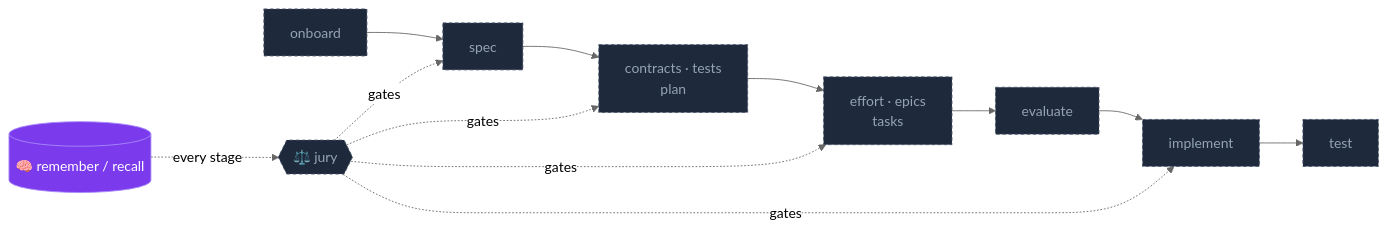
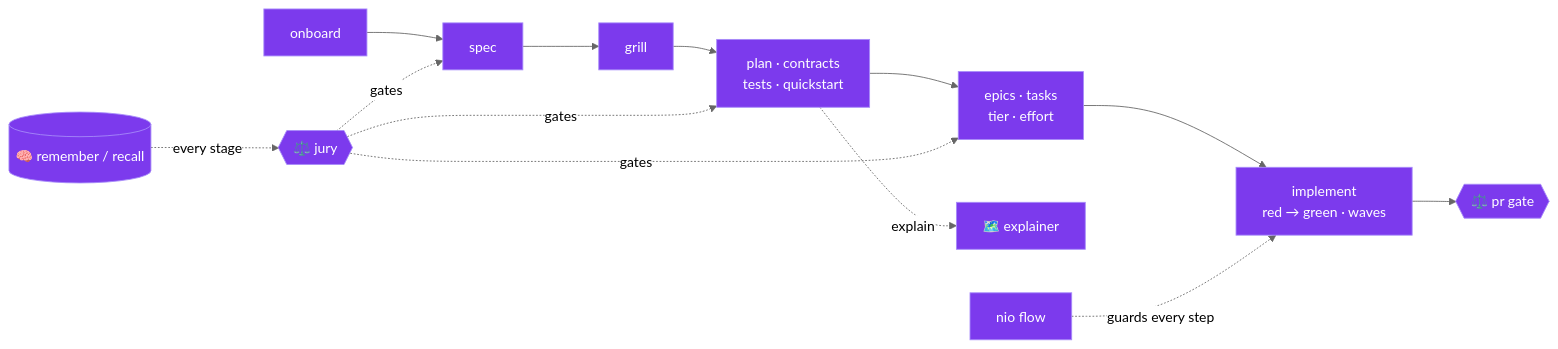
Before and after one commit to nikolajkarpic/nio: the first of 2 diagrams in README.md, drawn with Mermaid (neutral theme). The commit also changed other lines of this file and 1 other file, not shown here.

Commit message:
Update the README for what is built: full pipeline, recent changes, CLI, and a shorthand glossary

````diff
--- a/README.md
+++ b/README.md
@@ -41,12 +44,12 @@
 ```mermaid
 flowchart LR
   classDef built fill:#7c3aed,stroke:#a78bfa,color:#fff
-  classDef planned fill:#1e293b,stroke:#475569,color:#94a3b8,stroke-dasharray:4 3
 
-  onboard --> spec --> plan["contracts · tests<br>plan"] --> tasks["effort · epics<br>tasks"] --> evaluate --> implement --> test
-  jury{{"⚖️ jury"}} -. gates .-> spec & plan & tasks & implement
+  onboard --> spec --> grill --> plan["plan · contracts<br>tests · quickstart"] --> tasks["epics · tasks<br>tier · effort"] --> implement["implement<br>red → green · waves"] --> pr{{"⚖️ pr gate"}}
+  jury{{"⚖️ jury"}} -. gates .-> spec & plan & tasks
+  plan -. explain .-> explain["🗺️ explainer"]
   memory[("🧠 remember / recall")] -. every stage .-> jury
+  flow["nio flow"] -. guards every step .-> implement
 
-  class memory built
-  class onboard,spec,plan,tasks,evaluate,implement,test,jury planned
+  class onboard,spec,grill,plan,tasks,implement,pr,jury,explain,memory,flow built
 ```
````
